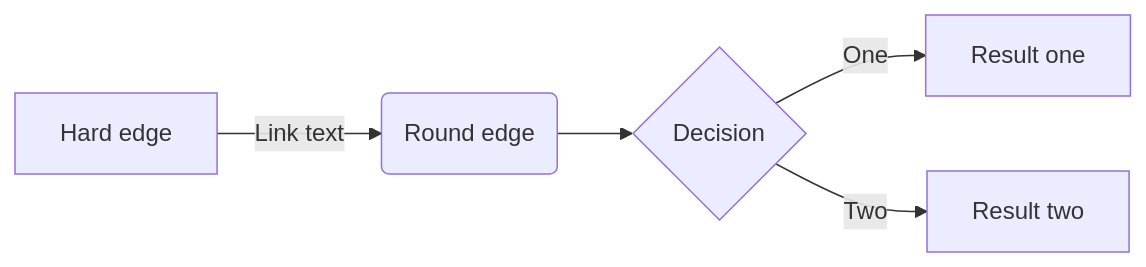
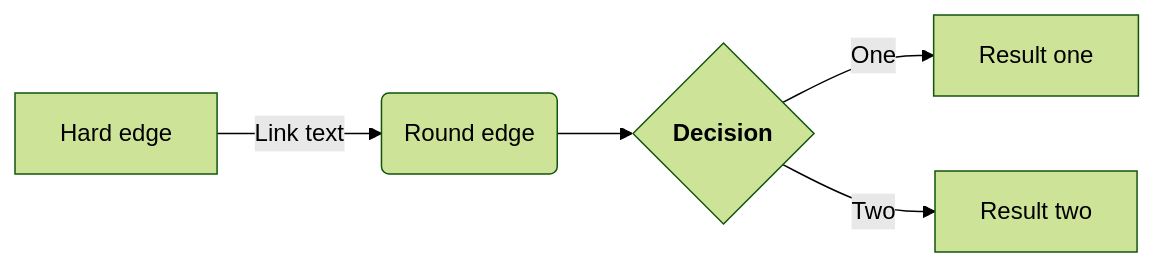
One commit to sivadotblog/sivadotblog.github.io changed the second of 13 diagrams in content/shortcodes/mermaid.en.md. Above: the diagram before and after it, drawn with Mermaid. The commit also changed other lines of this file and 271 other files, not shown here.

```diff
--- a/content/shortcodes/mermaid.en.md
+++ b/content/shortcodes/mermaid.en.md
@@ -22,7 +129,8 @@
-{{<mermaid align="left">}}
+{{< mermaid >}}
+%%{init:{"theme":"forest"}}%%
 graph LR;
     A[Hard edge] -->|Link text| B(Round edge)
-    B --> C{Decision}
+    B --> C{<strong>Decision</strong>}
     C -->|One| D[Result one]
     C -->|Two| E[Result two]
-{{</mermaid>}}
+{{< /mermaid >}}
```
